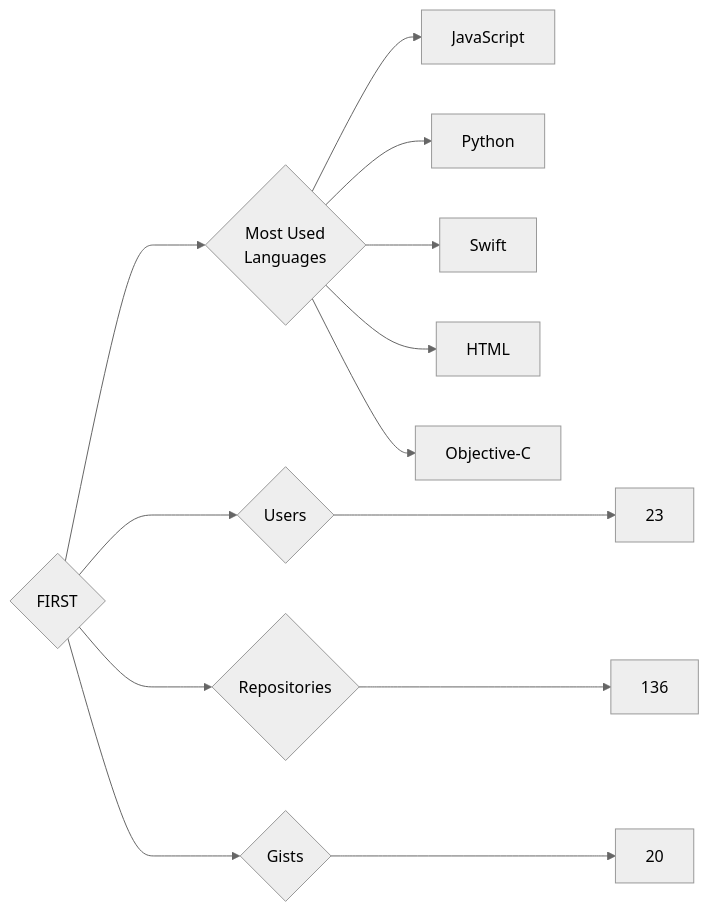
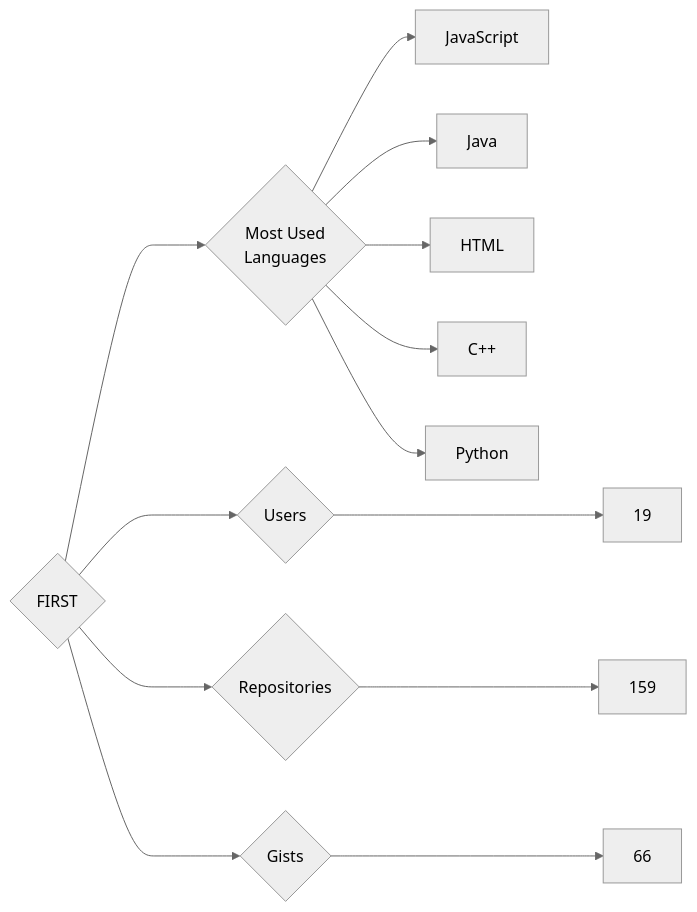
Before and after one commit to trickest/insiders: the diagram in targets/FIRST/README.md, drawn with Mermaid (neutral theme). The commit also changed 773 other files, not shown here.

````diff
--- a/targets/FIRST/README.md
+++ b/targets/FIRST/README.md
@@ -3,13 +3,13 @@
 ```mermaid
 graph LR
 COMPANY_NAME{FIRST}
-COMPANY_NAME ---> U{Users} ---> UN[23]
-COMPANY_NAME ---> R{Repositories} ---> RN[136]
-COMPANY_NAME ---> G{Gists} ---> GN[20]
+COMPANY_NAME ---> U{Users} ---> UN[19]
+COMPANY_NAME ---> R{Repositories} ---> RN[159]
+COMPANY_NAME ---> G{Gists} ---> GN[66]
 COMPANY_NAME ---> ML{Most Used<br>Languages}
 ML --> JavaScript[JavaScript]
+ML --> Java[Java]
+ML --> HTML[HTML]
+ML --> C++[C++]
 ML --> Python[Python]
-ML --> Swift[Swift]
-ML --> HTML[HTML]
-ML --> Objective-C[Objective-C]
 ```
````
